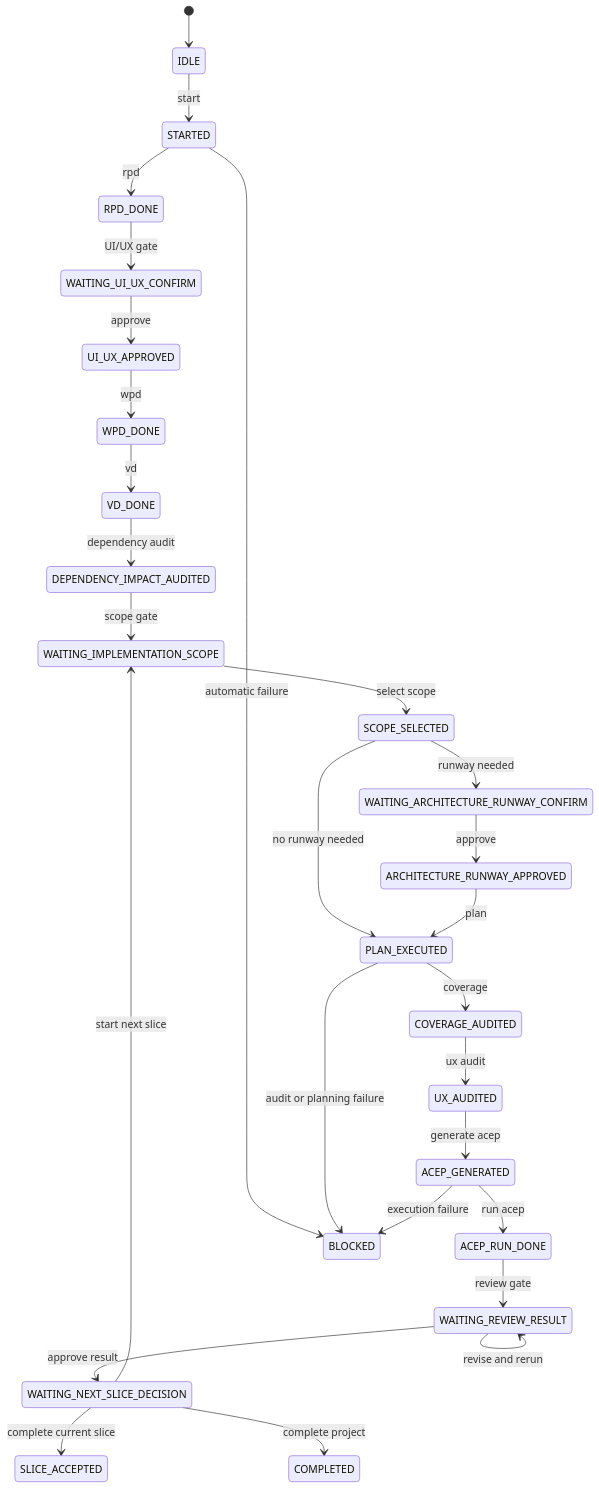
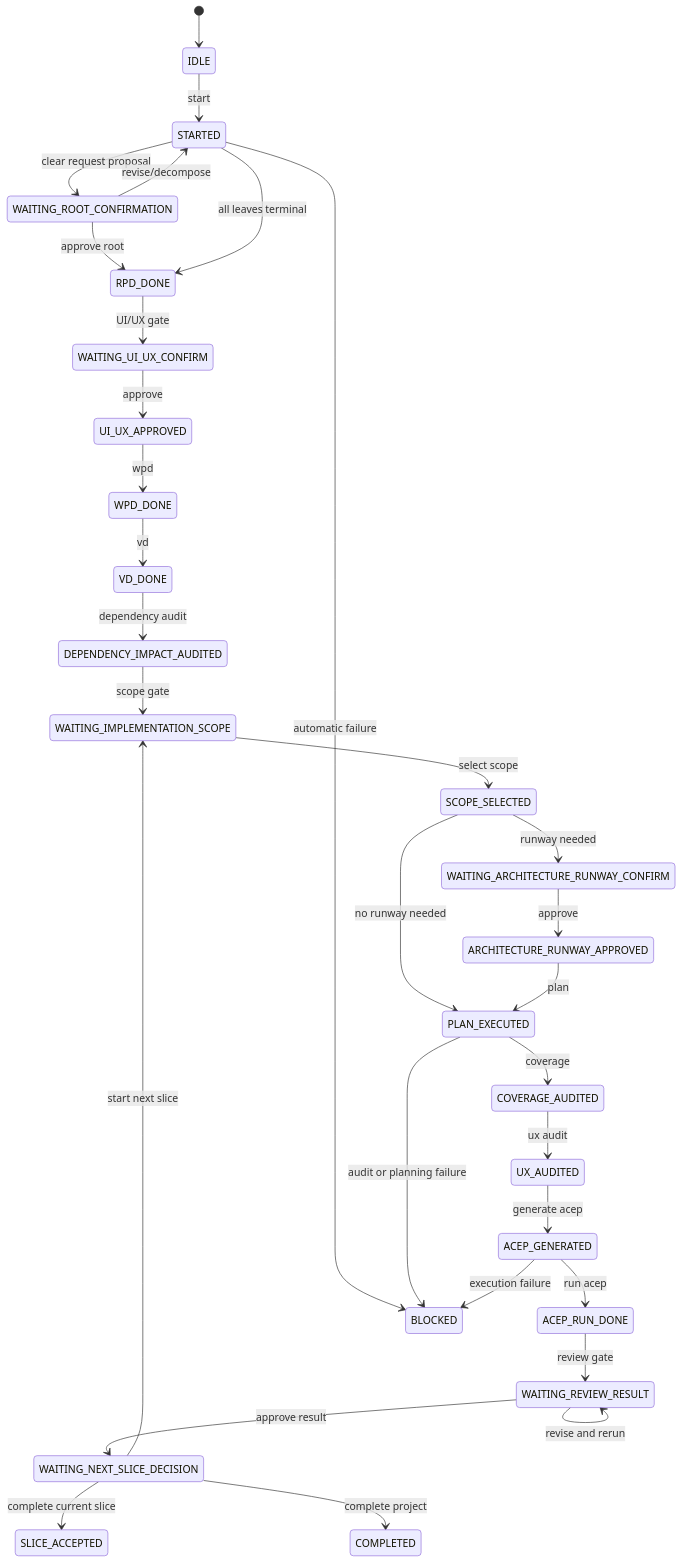
The third of 3 diagrams in README.md (youngtae7280/Project-Blueprint-Engine-Plugin), drawn with Mermaid before and after one commit. The commit also changed other lines of this file and 17 other files, not shown here.

Commit message:
Enforce RPD confirmation before downstream execution

````diff
--- a/README.md
+++ b/README.md
@@ -429,30 +432,33 @@
 ```mermaid
 stateDiagram-v2
     [*] --> IDLE
     IDLE --> STARTED: start
-    STARTED --> RPD_DONE: rpd
+    STARTED --> WAITING_ROOT_CONFIRMATION: clear request proposal
+    WAITING_ROOT_CONFIRMATION --> RPD_DONE: approve root
+    WAITING_ROOT_CONFIRMATION --> STARTED: revise/decompose
+    STARTED --> RPD_DONE: all leaves terminal
     RPD_DONE --> WAITING_UI_UX_CONFIRM: UI/UX gate
     WAITING_UI_UX_CONFIRM --> UI_UX_APPROVED: approve
     UI_UX_APPROVED --> WPD_DONE: wpd
     WPD_DONE --> VD_DONE: vd
     VD_DONE --> DEPENDENCY_IMPACT_AUDITED: dependency audit
     DEPENDENCY_IMPACT_AUDITED --> WAITING_IMPLEMENTATION_SCOPE: scope gate
     WAITING_IMPLEMENTATION_SCOPE --> SCOPE_SELECTED: select scope
     SCOPE_SELECTED --> WAITING_ARCHITECTURE_RUNWAY_CONFIRM: runway needed
     WAITING_ARCHITECTURE_RUNWAY_CONFIRM --> ARCHITECTURE_RUNWAY_APPROVED: approve
     SCOPE_SELECTED --> PLAN_EXECUTED: no runway needed
     ARCHITECTURE_RUNWAY_APPROVED --> PLAN_EXECUTED: plan
     PLAN_EXECUTED --> COVERAGE_AUDITED: coverage
     COVERAGE_AUDITED --> UX_AUDITED: ux audit
     UX_AUDITED --> ACEP_GENERATED: generate acep
     ACEP_GENERATED --> ACEP_RUN_DONE: run acep
     ACEP_RUN_DONE --> WAITING_REVIEW_RESULT: review gate
     WAITING_REVIEW_RESULT --> WAITING_NEXT_SLICE_DECISION: approve result
     WAITING_REVIEW_RESULT --> WAITING_REVIEW_RESULT: revise and rerun
     WAITING_NEXT_SLICE_DECISION --> SLICE_ACCEPTED: complete current slice
     WAITING_NEXT_SLICE_DECISION --> WAITING_IMPLEMENTATION_SCOPE: start next slice
     WAITING_NEXT_SLICE_DECISION --> COMPLETED: complete project
     STARTED --> BLOCKED: automatic failure
     PLAN_EXECUTED --> BLOCKED: audit or planning failure
     ACEP_GENERATED --> BLOCKED: execution failure
 ```
````
